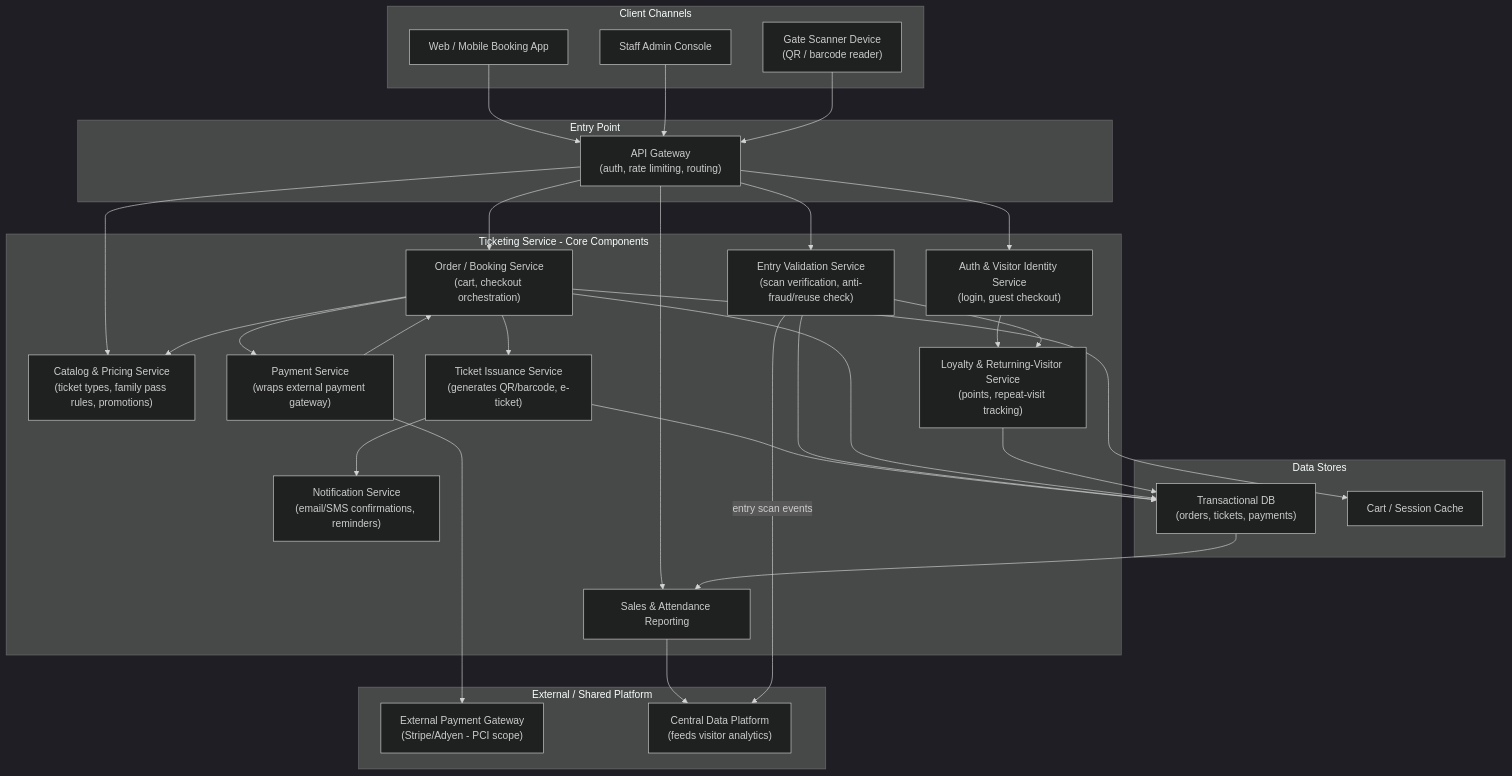
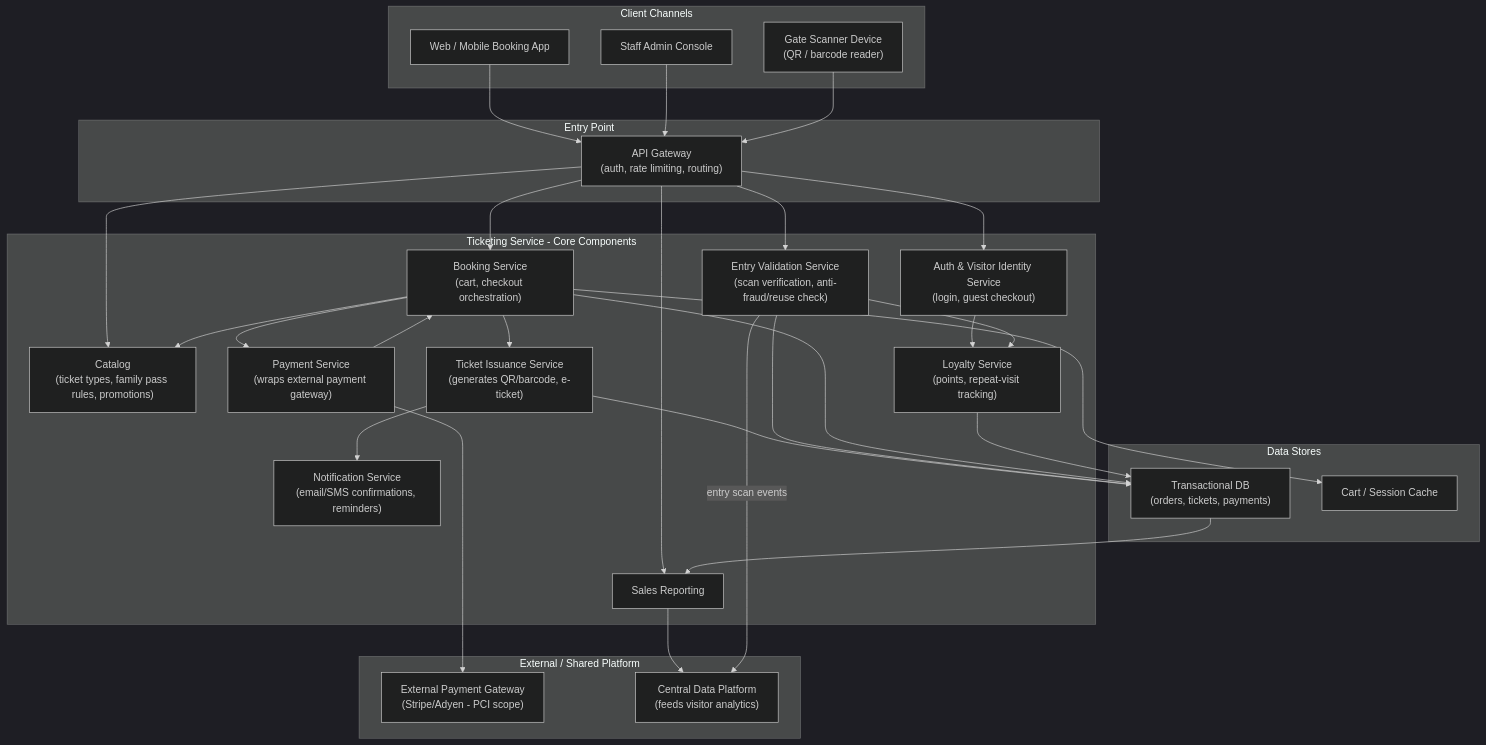
One commit to prafulnaveen/Marsian changed the diagram in hld/ticketing_system/services.md. Above: the diagram before and after it, drawn with Mermaid (dark theme). The commit also changed other lines of this file, not shown here.

Commit message:
updated service of ticketing system with service name and usages

`````diff
--- a/hld/ticketing_system/services.md
+++ b/hld/ticketing_system/services.md
@@ -26,69 +31,65 @@
 ```mermaid
-
 flowchart TB
 
     subgraph CLIENTS["Client Channels"]
         WEBAPP["Web / Mobile Booking App"]
         GATESCAN["Gate Scanner Device\n(QR / barcode reader)"]
         ADMINUI["Staff Admin Console"]
     end
 
     subgraph EDGE_ENTRY["Entry Point"]
         APIGW["API Gateway\n(auth, rate limiting, routing)"]
     end
 
     subgraph CORE["Ticketing Service - Core Components"]
         AUTH["Auth & Visitor Identity Service\n(login, guest checkout)"]
-        CATALOG["Catalog & Pricing Service\n(ticket types, family pass rules, promotions)"]
-        BOOKING["Order / Booking Service\n(cart, checkout orchestration)"]
+        CATALOG["Catalog\n(ticket types, family pass rules, promotions)"]
+        BOOKING["Booking Service\n(cart, checkout orchestration)"]
         PAYMENT["Payment Service\n(wraps external payment gateway)"]
         ISSUANCE["Ticket Issuance Service\n(generates QR/barcode, e-ticket)"]
         VALIDATION["Entry Validation Service\n(scan verification, anti-fraud/reuse check)"]
-        LOYALTY["Loyalty & Returning-Visitor Service\n(points, repeat-visit tracking)"]
+        LOYALTY["Loyalty Service\n(points, repeat-visit tracking)"]
         NOTIFY["Notification Service\n(email/SMS confirmations, reminders)"]
-        REPORTING["Sales & Attendance Reporting"]
+        REPORTING["Sales Reporting"]
     end
 
     subgraph EXTERNAL["External / Shared Platform"]
         PAYGW["External Payment Gateway\n(Stripe/Adyen - PCI scope)"]
         DATAPLATFORM["Central Data Platform\n(feeds visitor analytics)"]
     end
 
     subgraph STORE["Data Stores"]
         TXNDB["Transactional DB\n(orders, tickets, payments)"]
         CACHE["Cart / Session Cache"]
     end
 
     WEBAPP --> APIGW
     ADMINUI --> APIGW
     GATESCAN --> APIGW
 
     APIGW --> AUTH
     APIGW --> CATALOG
     APIGW --> BOOKING
     APIGW --> VALIDATION
     APIGW --> REPORTING
 
     AUTH --> LOYALTY
     BOOKING --> CATALOG
     BOOKING --> CACHE
     BOOKING --> PAYMENT
     PAYMENT --> PAYGW
     PAYMENT --> BOOKING
     BOOKING --> ISSUANCE
     ISSUANCE --> TXNDB
     ISSUANCE --> NOTIFY
 
     VALIDATION --> TXNDB
     VALIDATION --> LOYALTY
 
     BOOKING --> TXNDB
     LOYALTY --> TXNDB
 
     TXNDB --> REPORTING
     REPORTING --> DATAPLATFORM
     VALIDATION -->|"entry scan events"| DATAPLATFORM
-
-
-
-```
+````
`````
